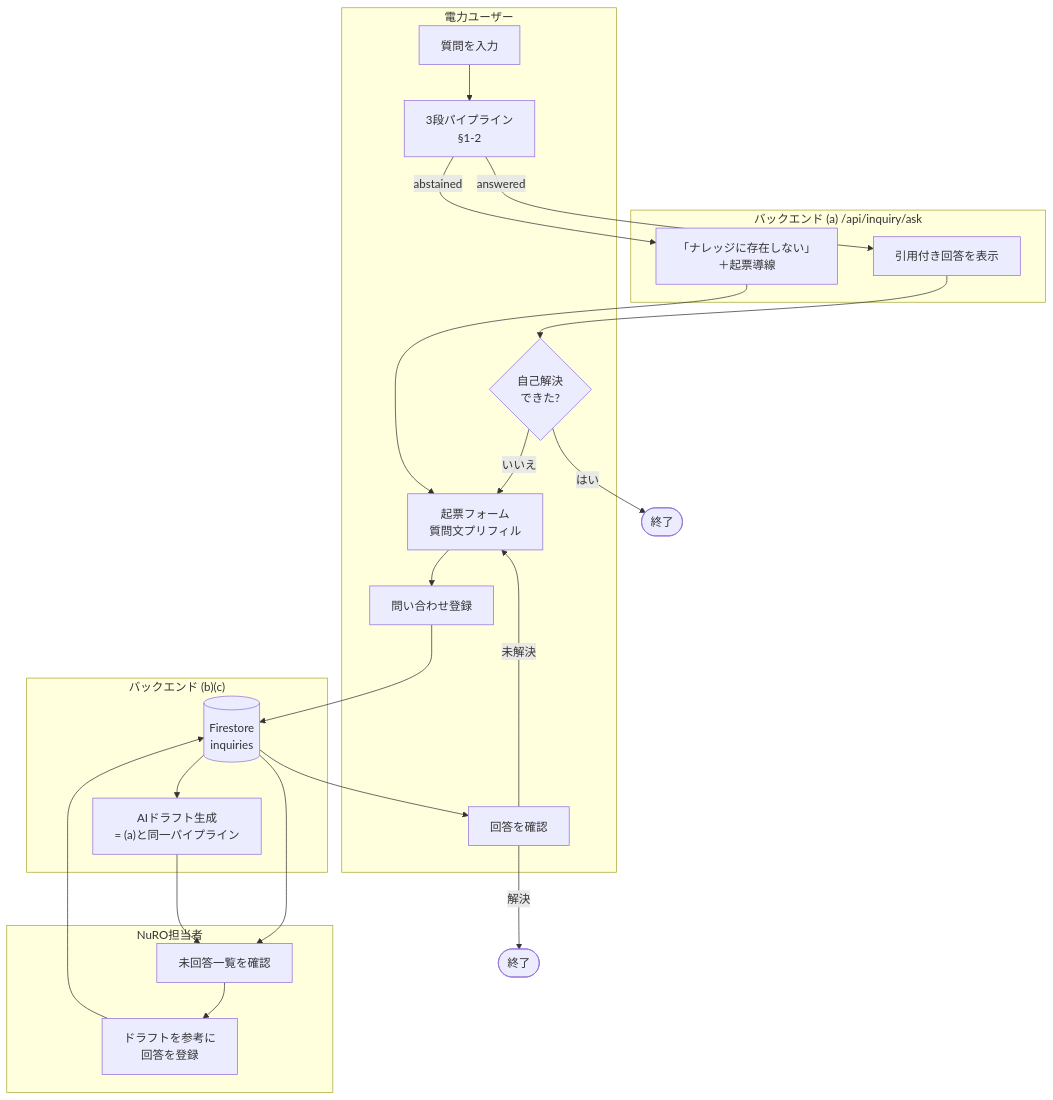
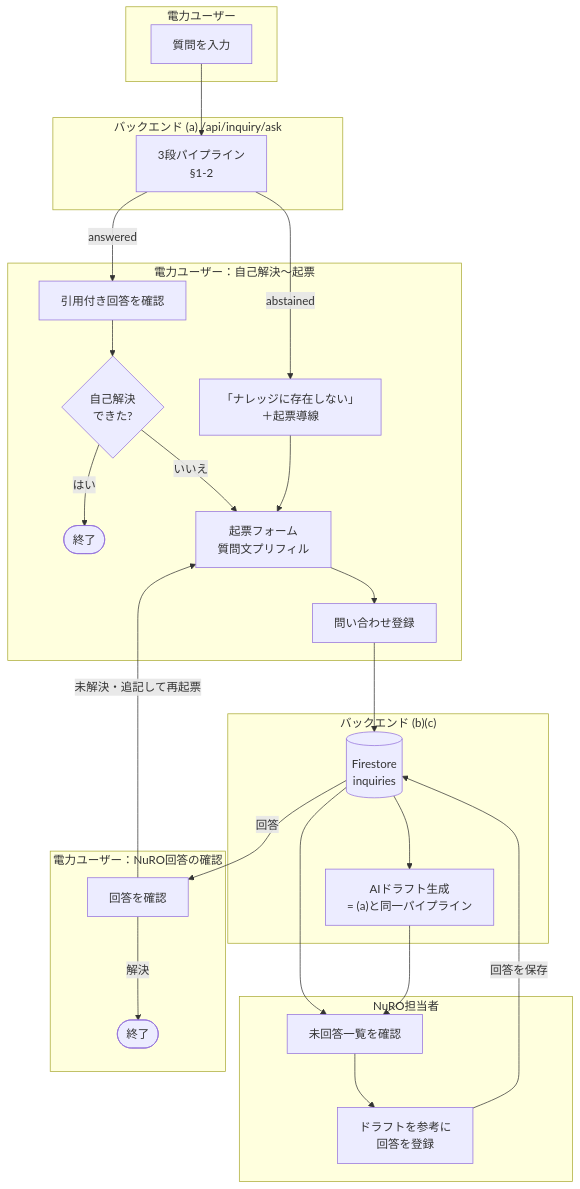
Before and after one commit to monigairu/PPOOCC: the first of 3 diagrams in docs/inquiry/DESIGN.md, drawn with Mermaid.

Commit message:
docs(inquiry): DESIGN §1-1 の全体フロー図を時系列ステージ型に再構成
アクター単位の大きなsubgraph間をエッジが行き来する構造のため、
answered/abstained の分岐や自己解決→起票の矢印が交差・重複して描画されていた。
subgraphを時系列のステージ（質問→(a)→自己解決〜起票→(b)(c)→NuRO→回答確認）に
分割し直し、ローカルレンダリング（mermaid-cli）で矢印の交差ゼロを確認済み。
ノード・エッジの意味（REQUIREMENTS §2 のフロー）は変更していない。

````diff
--- a/docs/inquiry/DESIGN.md
+++ b/docs/inquiry/DESIGN.md
@@ -25,35 +25,52 @@
 ```mermaid
 flowchart TB
-    subgraph 電力ユーザー
-        Q[質問を入力] --> ASK
-        SELF{自己解決<br>できた?}
-        FILE[起票フォーム<br>質問文プリフィル] --> SUBMIT[問い合わせ登録]
-        VIEW[回答を確認]
+    subgraph S1["電力ユーザー"]
+        Q[質問を入力]
     end
 
-    subgraph "バックエンド (a) /api/inquiry/ask"
-        ASK[3段パイプライン<br>§1-2] -->|answered| ANS[引用付き回答を表示]
-        ASK -->|abstained| ABS["「ナレッジに存在しない」<br>＋起票導線"]
+    subgraph S2["バックエンド (a) /api/inquiry/ask"]
+        ASK["3段パイプライン<br>§1-2"]
     end
 
-    subgraph "バックエンド (b)(c)"
+    subgraph S3["電力ユーザー：自己解決〜起票"]
+        ANS[引用付き回答を確認]
+        ABS["「ナレッジに存在しない」<br>＋起票導線"]
+        SELF{自己解決<br>できた?}
+        DONE([終了])
+        FILE[起票フォーム<br>質問文プリフィル]
+        SUBMIT[問い合わせ登録]
+    end
+
+    subgraph S4["バックエンド (b)(c)"]
         STORE[(Firestore<br>inquiries)]
         DRAFT["AIドラフト生成<br>= (a)と同一パイプライン"]
     end
 
-    subgraph NuRO担当者
-        LIST[未回答一覧を確認] --> REPLY[ドラフトを参考に<br>回答を登録]
+    subgraph S5["NuRO担当者"]
+        LIST[未回答一覧を確認]
+        REPLY[ドラフトを参考に<br>回答を登録]
     end
 
+    subgraph S6["電力ユーザー：NuRO回答の確認"]
+        VIEW[回答を確認]
+        DONE2([終了])
+    end
+
+    Q --> ASK
+    ASK -->|answered| ANS
+    ASK -->|abstained| ABS
     ANS --> SELF
-    SELF -->|はい| DONE([終了])
+    SELF -->|はい| DONE
     SELF -->|いいえ| FILE
     ABS --> FILE
+    FILE --> SUBMIT
     SUBMIT --> STORE
+    STORE --> DRAFT
     STORE --> LIST
-    STORE --> DRAFT --> LIST
-    REPLY --> STORE
-    STORE --> VIEW
-    VIEW -->|未解決| FILE
-    VIEW -->|解決| DONE2([終了])
+    DRAFT --> LIST
+    LIST --> REPLY
+    REPLY -->|回答を保存| STORE
+    STORE -->|回答| VIEW
+    VIEW -->|解決| DONE2
+    VIEW -->|未解決・追記して再起票| FILE
 ```
````
